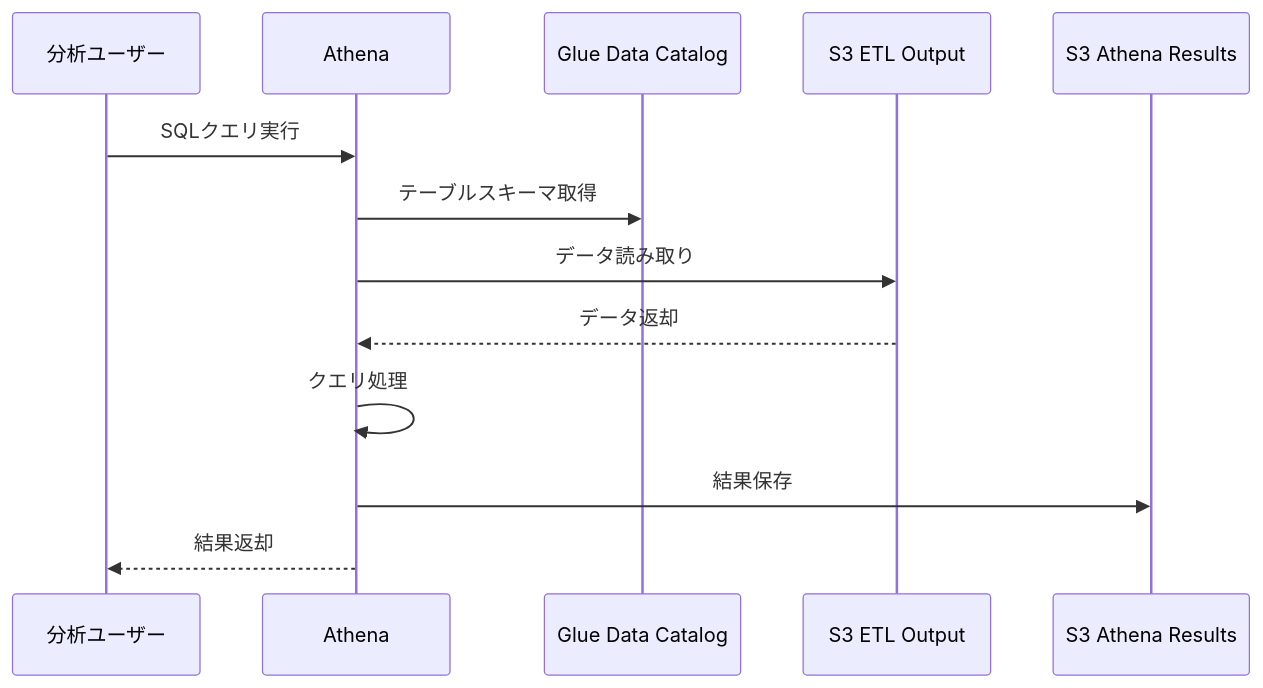
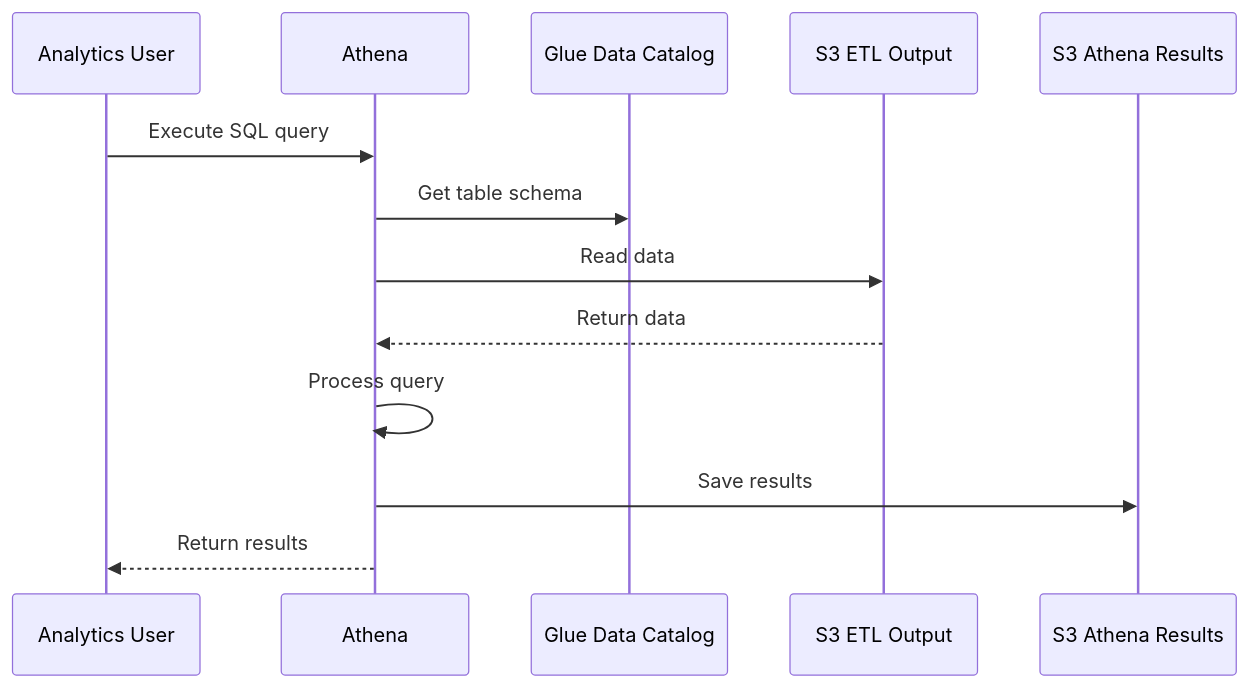
Before and after one commit to tamaco489/data_pipeline_sample: the third of 4 diagrams in docs/src/infrastructure_architecture_diagram.md, drawn with Mermaid. The commit also changed other lines of this file and 10 other files, not shown here.

````diff
--- a/docs/src/infrastructure_architecture_diagram.md
+++ b/docs/src/infrastructure_architecture_diagram.md
@@ -139,16 +139,16 @@
 ```mermaid
 sequenceDiagram
-    participant User as 分析ユーザー
+    participant User as Analytics User
     participant Athena as Athena
     participant Catalog as Glue Data Catalog
     participant S3_ETL as S3 ETL Output
     participant S3_Result as S3 Athena Results
     
-    User->>Athena: SQLクエリ実行
-    Athena->>Catalog: テーブルスキーマ取得
-    Athena->>S3_ETL: データ読み取り
-    S3_ETL-->>Athena: データ返却
-    Athena->>Athena: クエリ処理
-    Athena->>S3_Result: 結果保存
-    Athena-->>User: 結果返却
+    User->>Athena: Execute SQL query
+    Athena->>Catalog: Get table schema
+    Athena->>S3_ETL: Read data
+    S3_ETL-->>Athena: Return data
+    Athena->>Athena: Process query
+    Athena->>S3_Result: Save results
+    Athena-->>User: Return results
 ```
````
